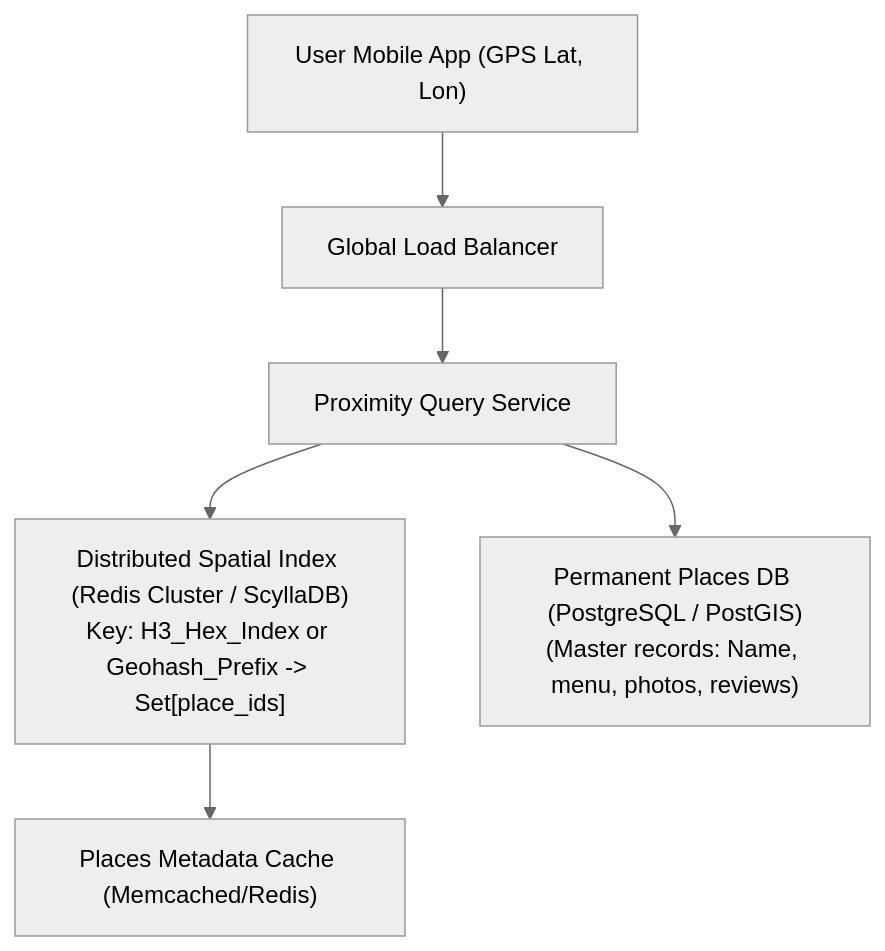
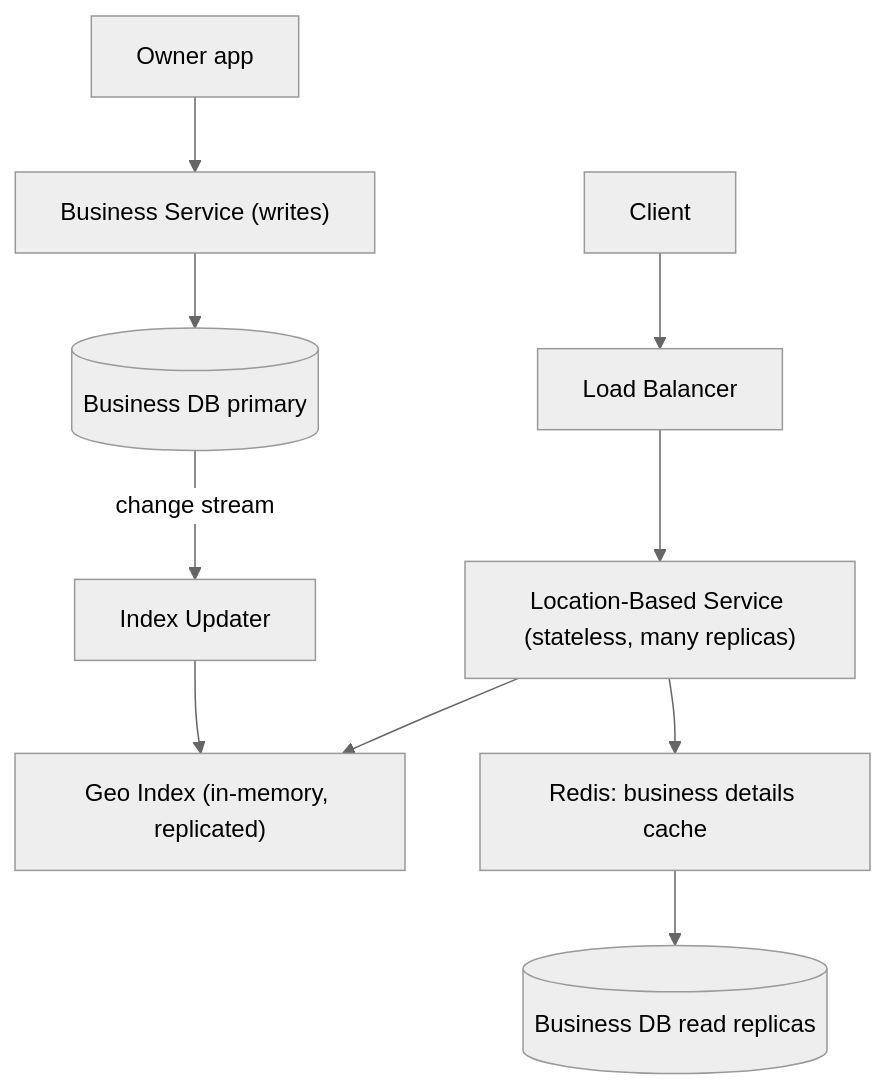
One commit to reddykarthikeya1/AI-Systems-Mastery changed the diagram in 03-High-Level-Design/systems/07-proximity-service.md. Above: the diagram before and after it, drawn with Mermaid (neutral theme). The commit also changed other lines of this file and 9 other files, not shown here.

Commit message:
content(hld): expand 10 case studies with estimates (runnable), API, data model, failure modes, trade-offs, interview timeline

````diff
--- a/03-High-Level-Design/systems/07-proximity-service.md
+++ b/03-High-Level-Design/systems/07-proximity-service.md
@@ -50,11 +44,12 @@
 ```mermaid
 flowchart TD
-    Client["User Mobile App (GPS Lat, Lon)"] --> LB["Global Load Balancer"]
-    LB --> GeoAPI["Proximity Query Service"]
-    
-    GeoAPI --> SpatialIndex["Distributed Spatial Index (Redis Cluster / ScyllaDB)<br/>Key: H3_Hex_Index or Geohash_Prefix -> Set[place_ids]"]
-    
-    SpatialIndex --> PlaceCache["Places Metadata Cache (Memcached/Redis)"]
-    
-    GeoAPI --> PlaceMetadataDB["Permanent Places DB (PostgreSQL / PostGIS)<br/>(Master records: Name, menu, photos, reviews)"]
+    C["Client"] --> LB["Load Balancer"]
+    LB --> LBS["Location-Based Service (stateless, many replicas)"]
+    LBS --> Geo["Geo Index (in-memory, replicated)"]
+    LBS --> Cache["Redis: business details cache"]
+    Cache --> Rep[("Business DB read replicas")]
+    Owner["Owner app"] --> BS["Business Service (writes)"]
+    BS --> Prim[("Business DB primary")]
+    Prim -->|"change stream"| Idx["Index Updater"]
+    Idx --> Geo
 ```
````
